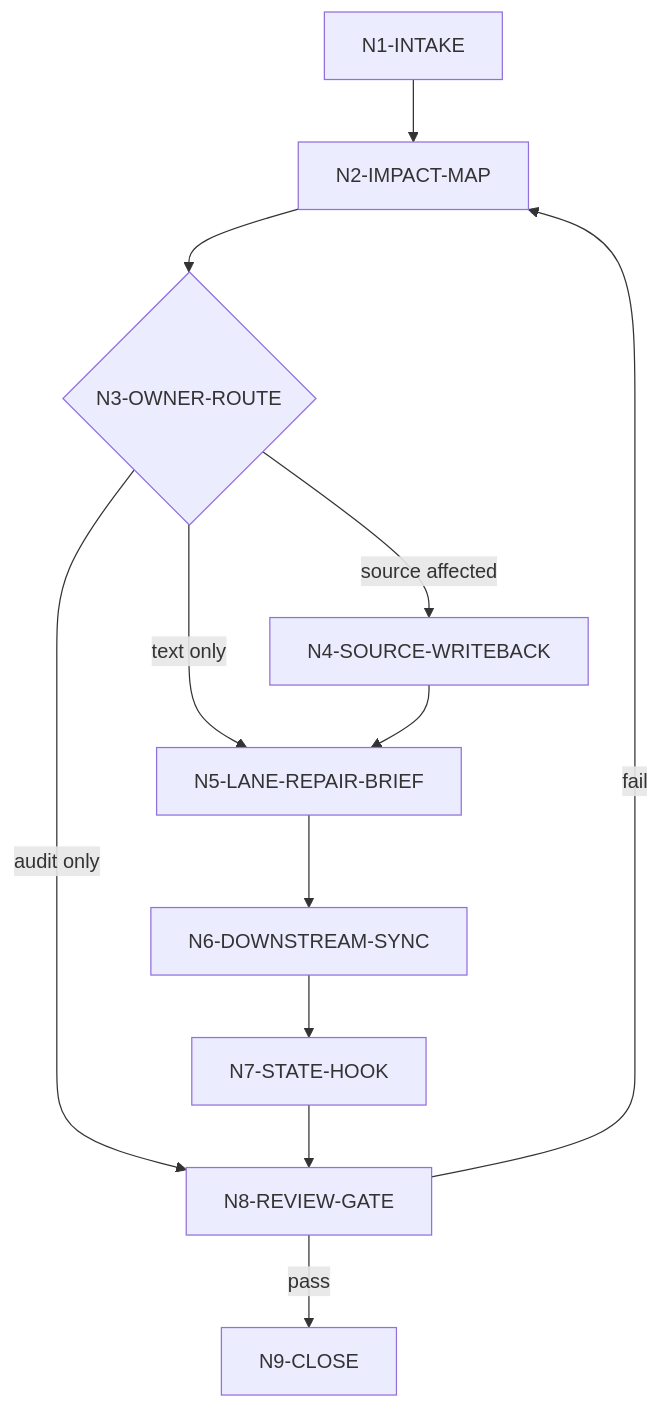
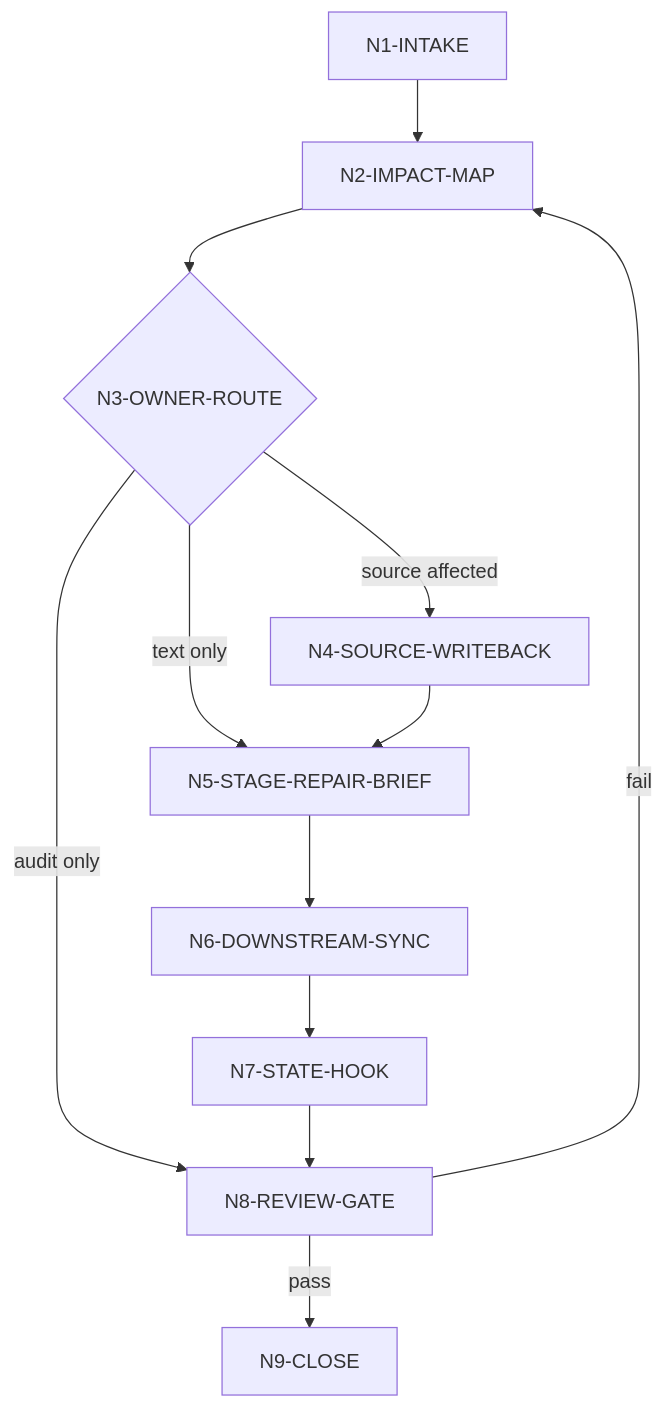
Before and after one commit to ZEN-VOID/AI-CUT: the diagram in .agents/skills/story/repair/steps/repair-workflow.md, drawn with Mermaid. The commit also changed other lines of this file and 573 other files, not shown here.

````diff
--- a/.agents/skills/story/repair/steps/repair-workflow.md
+++ b/.agents/skills/story/repair/steps/repair-workflow.md
@@ -7,14 +7,14 @@
 ```mermaid
 flowchart TD
     A["N1-INTAKE"] --> B["N2-IMPACT-MAP"]
     B --> C{"N3-OWNER-ROUTE"}
     C -->|"source affected"| D["N4-SOURCE-WRITEBACK"]
-    C -->|"text only"| E["N5-LANE-REPAIR-BRIEF"]
+    C -->|"text only"| E["N5-STAGE-REPAIR-BRIEF"]
     C -->|"audit only"| H["N8-REVIEW-GATE"]
     D --> E
     E --> F["N6-DOWNSTREAM-SYNC"]
     F --> G["N7-STATE-HOOK"]
     G --> H
     H -->|"pass"| I["N9-CLOSE"]
     H -->|"fail"| B
 ```
````
